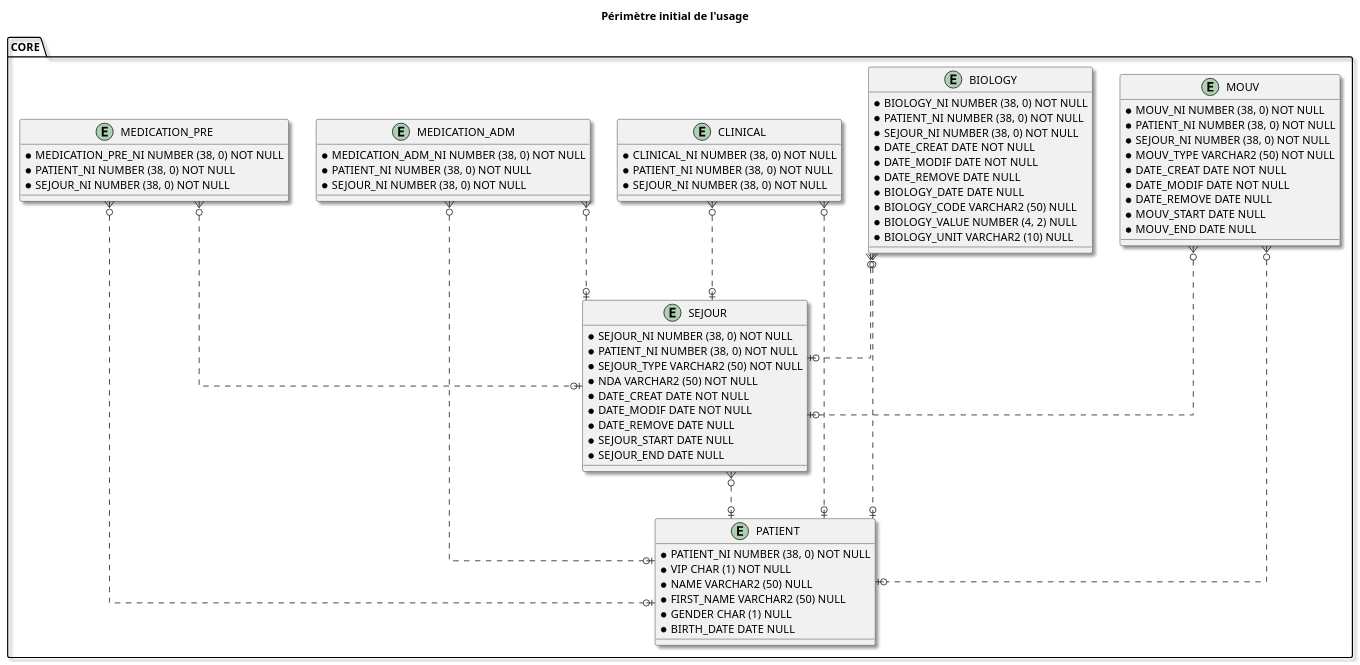
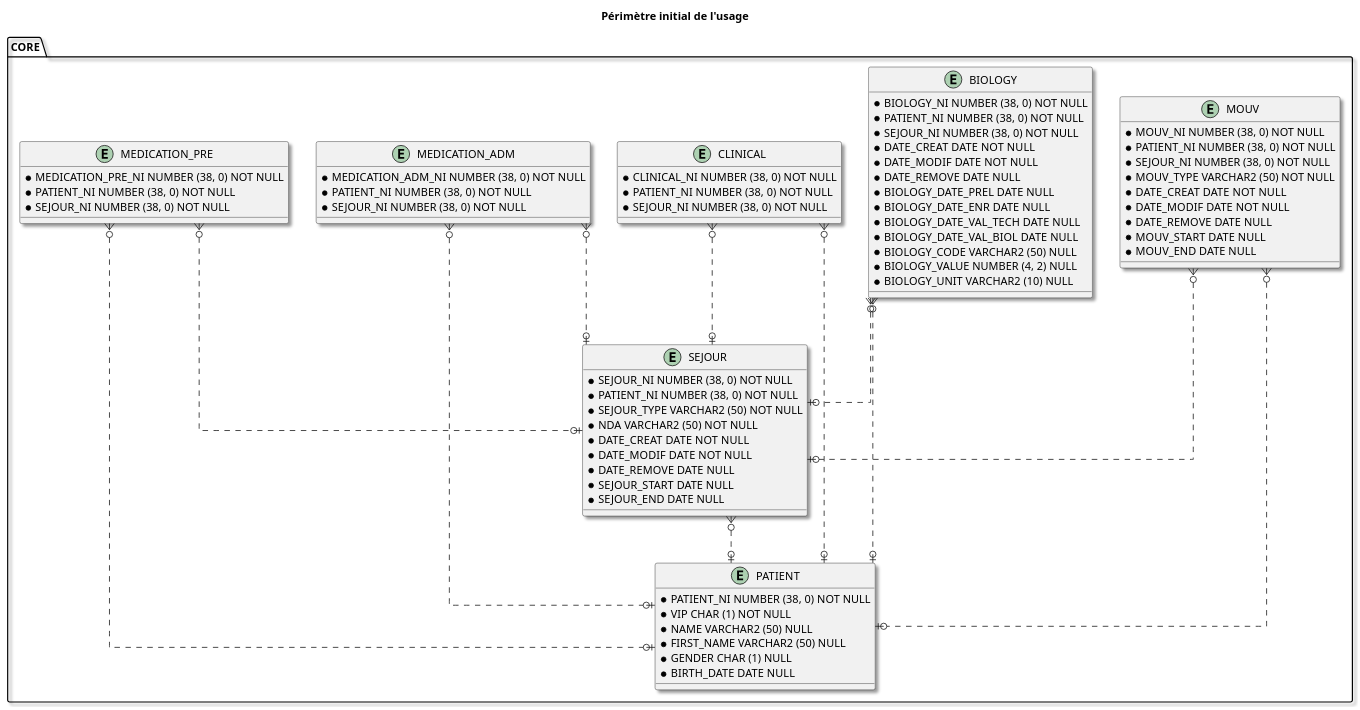
One commit to aphp/IG-fhir-dm changed the diagram in input/images-source/core-mpd.plantuml. Above: the diagram before and after it, drawn with PlantUML. The commit also changed 5 other files, not shown here.

```diff
--- a/input/images-source/core-mpd.plantuml
+++ b/input/images-source/core-mpd.plantuml
@@ -1,94 +1,97 @@
 @startuml
 
 skinparam Shadowing 1.0
 ' avoid problems with angled crows feet
 skinparam linetype ortho
 
 title
 Périmètre initial de l'usage
 end title
 
 entity CORE.PATIENT {
   * {field} PATIENT_NI NUMBER (38, 0) NOT NULL
   * {field} VIP CHAR (1) NOT NULL
   * {field} NAME VARCHAR2 (50) NULL
   * {field} FIRST_NAME VARCHAR2 (50) NULL
   * {field} GENDER CHAR (1) NULL
   * {field} BIRTH_DATE DATE NULL
 }
 
 entity CORE.SEJOUR {
   * {field} SEJOUR_NI NUMBER (38, 0) NOT NULL
   * {field} PATIENT_NI NUMBER (38, 0) NOT NULL
   * {field} SEJOUR_TYPE VARCHAR2 (50) NOT NULL
   * {field} NDA VARCHAR2 (50) NOT NULL
   * {field} DATE_CREAT DATE NOT NULL
   * {field} DATE_MODIF DATE NOT NULL
   * {field} DATE_REMOVE DATE NULL
   * {field} SEJOUR_START DATE NULL
   * {field} SEJOUR_END DATE NULL
 }
 
 entity CORE.MOUV {
   * {field} MOUV_NI NUMBER (38, 0) NOT NULL
   * {field} PATIENT_NI NUMBER (38, 0) NOT NULL
   * {field} SEJOUR_NI NUMBER (38, 0) NOT NULL
   * {field} MOUV_TYPE VARCHAR2 (50) NOT NULL
   * {field} DATE_CREAT DATE NOT NULL
   * {field} DATE_MODIF DATE NOT NULL
   * {field} DATE_REMOVE DATE NULL
   * {field} MOUV_START DATE NULL
   * {field} MOUV_END DATE NULL
 }
 
 entity CORE.BIOLOGY {
   * {field} BIOLOGY_NI NUMBER (38, 0) NOT NULL
   * {field} PATIENT_NI NUMBER (38, 0) NOT NULL
   * {field} SEJOUR_NI NUMBER (38, 0) NOT NULL
   * {field} DATE_CREAT DATE NOT NULL
   * {field} DATE_MODIF DATE NOT NULL
   * {field} DATE_REMOVE DATE NULL
-  * {field} BIOLOGY_DATE DATE NULL
+  * {field} BIOLOGY_DATE_PREL DATE NULL
+  * {field} BIOLOGY_DATE_ENR DATE NULL
+  * {field} BIOLOGY_DATE_VAL_TECH DATE NULL
+  * {field} BIOLOGY_DATE_VAL_BIOL DATE NULL
   * {field} BIOLOGY_CODE VARCHAR2 (50) NULL
   * {field} BIOLOGY_VALUE NUMBER (4, 2) NULL
   * {field} BIOLOGY_UNIT VARCHAR2 (10) NULL
 }
 
 entity CORE.CLINICAL {
   * {field} CLINICAL_NI NUMBER (38, 0) NOT NULL
   * {field} PATIENT_NI NUMBER (38, 0) NOT NULL
   * {field} SEJOUR_NI NUMBER (38, 0) NOT NULL
 }
 
 entity CORE.MEDICATION_ADM {
   * {field} MEDICATION_ADM_NI NUMBER (38, 0) NOT NULL
   * {field} PATIENT_NI NUMBER (38, 0) NOT NULL
   * {field} SEJOUR_NI NUMBER (38, 0) NOT NULL
 }
 
 entity CORE.MEDICATION_PRE {
   * {field} MEDICATION_PRE_NI NUMBER (38, 0) NOT NULL
   * {field} PATIENT_NI NUMBER (38, 0) NOT NULL
   * {field} SEJOUR_NI NUMBER (38, 0) NOT NULL
 }
 
 
 
 CORE.SEJOUR }o..o| CORE.PATIENT
 
 CORE.MOUV }o..o| CORE.PATIENT
 CORE.MOUV }o..o| CORE.SEJOUR
 
 CORE.BIOLOGY }o..o| CORE.PATIENT
 CORE.BIOLOGY }o..o| CORE.SEJOUR
 
 CORE.CLINICAL }o..o| CORE.PATIENT
 CORE.CLINICAL }o..o| CORE.SEJOUR
 
 CORE.MEDICATION_ADM }o..o| CORE.PATIENT
 CORE.MEDICATION_ADM }o..o| CORE.SEJOUR
 
 CORE.MEDICATION_PRE }o..o| CORE.PATIENT
 CORE.MEDICATION_PRE }o..o| CORE.SEJOUR
 
 @enduml
```
